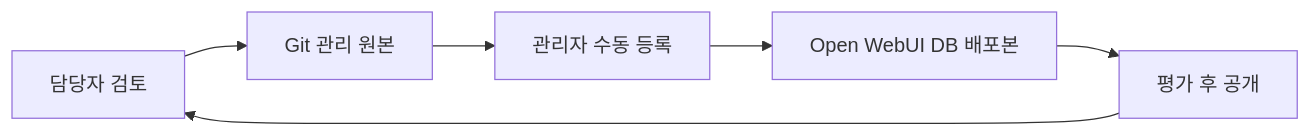
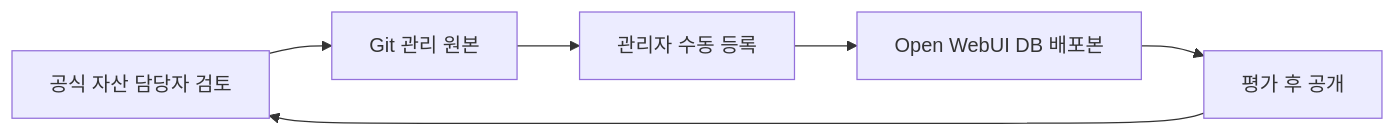
The seventh of 8 diagrams in docs/03-openwebui-native-agent.md (knadalkim-a11y/team-agent-poc), drawn with Mermaid before and after one commit. The commit also changed other lines of this file and 14 other files, not shown here.

````diff
--- a/docs/03-openwebui-native-agent.md
+++ b/docs/03-openwebui-native-agent.md
@@ -246,8 +248,8 @@
 ```mermaid
 flowchart LR
-    Review["담당자 검토"] --> Git["Git 관리 원본"]
+    Review["공식 자산 담당자 검토"] --> Git["Git 관리 원본"]
     Git --> Import["관리자 수동 등록"]
     Import --> DB["Open WebUI DB 배포본"]
     DB --> Test["평가 후 공개"]
     Test --> Review
 ```
````
